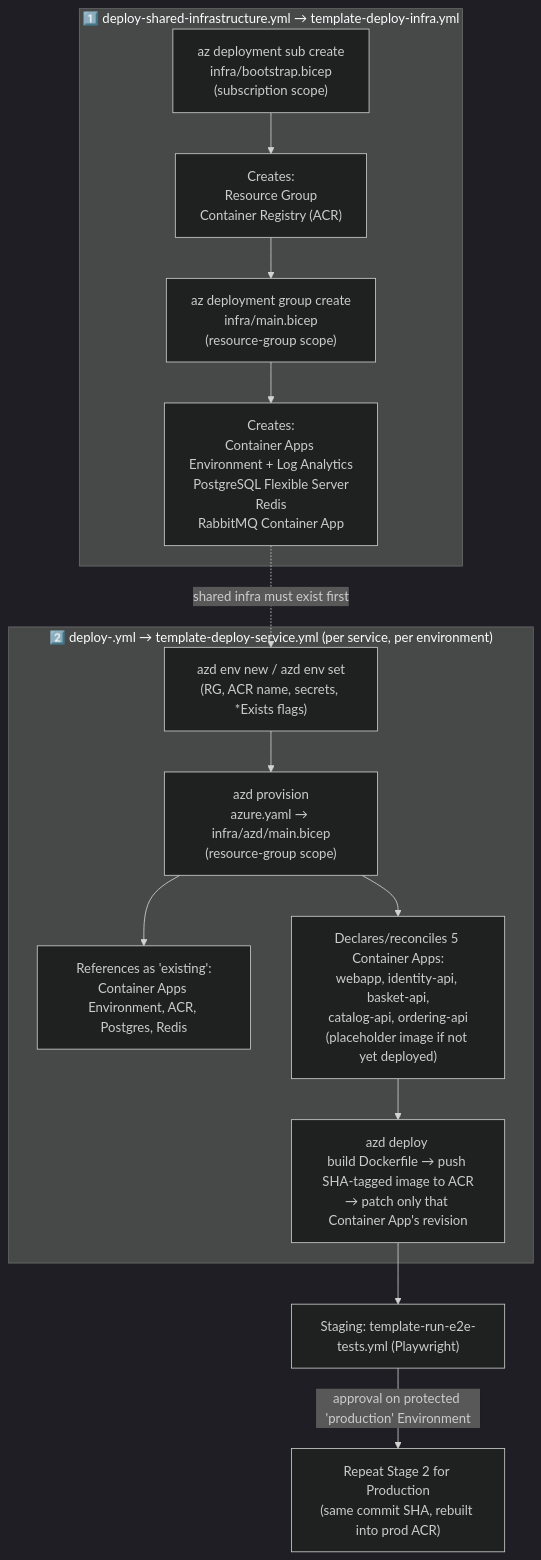
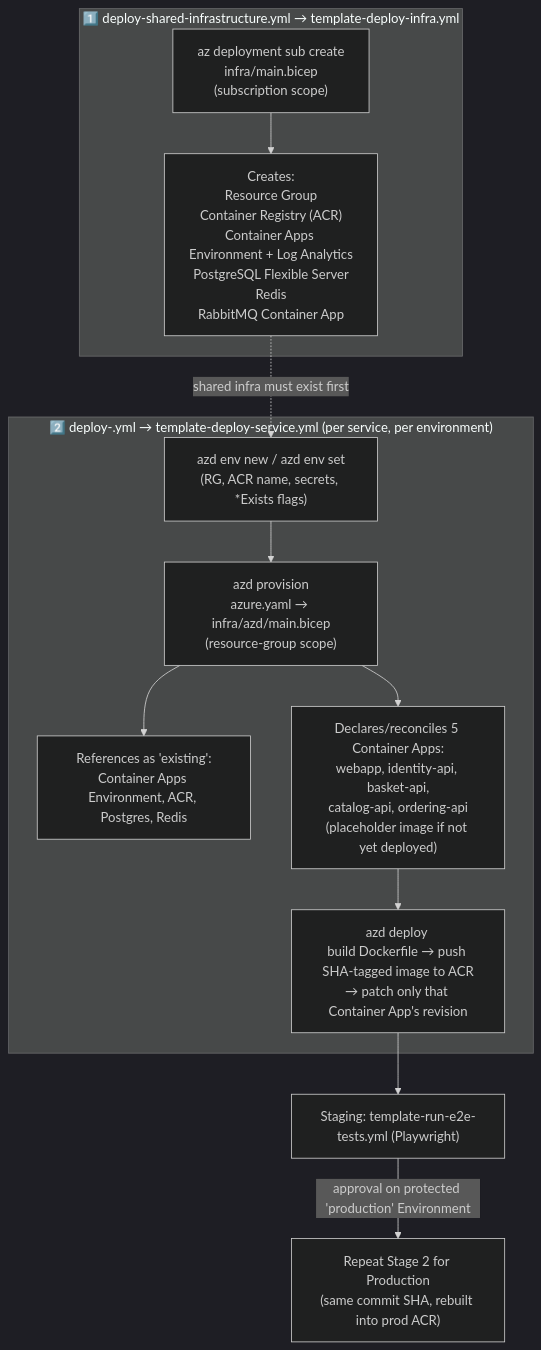
The diagram in infra/README.md (Xebia-Xpirit-Assessments/assessment-joostvoskuil), drawn with Mermaid (dark theme) before and after one commit. The commit also changed other lines of this file and 7 other files, not shown here.

Commit message:
refactor: consolidate infrastructure deployment by removing bootstrap.bicep and updating main.bicep for shared resource provisioning

````diff
--- a/infra/README.md
+++ b/infra/README.md
@@ -90,19 +89,17 @@
 ```mermaid
 flowchart TD
     subgraph Stage1["1️⃣ deploy-shared-infrastructure.yml → template-deploy-infra.yml"]
-        A["az deployment sub create\ninfra/bootstrap.bicep\n(subscription scope)"] --> A1["Creates:\nResource Group\nContainer Registry (ACR)"]
-        A1 --> B["az deployment group create\ninfra/main.bicep\n(resource-group scope)"]
-        B --> B1["Creates:\nContainer Apps Environment + Log Analytics\nPostgreSQL Flexible Server\nRedis\nRabbitMQ Container App"]
+        A["az deployment sub create\ninfra/main.bicep\n(subscription scope)"] --> A1["Creates:\nResource Group\nContainer Registry (ACR)\nContainer Apps Environment + Log Analytics\nPostgreSQL Flexible Server\nRedis\nRabbitMQ Container App"]
     end
 
     subgraph Stage2["2️⃣ deploy-<service>.yml → template-deploy-service.yml (per service, per environment)"]
         C["azd env new / azd env set\n(RG, ACR name, secrets, *Exists flags)"] --> D["azd provision\nazure.yaml → infra/azd/main.bicep\n(resource-group scope)"]
         D --> D1["References as 'existing':\nContainer Apps Environment, ACR, Postgres, Redis"]
         D --> D2["Declares/reconciles 5 Container Apps:\nwebapp, identity-api, basket-api,\ncatalog-api, ordering-api\n(placeholder image if not yet deployed)"]
         D2 --> E["azd deploy <service>\nbuild Dockerfile → push SHA-tagged image to ACR\n→ patch only that Container App's revision"]
     end
 
-    B1 -.->|"shared infra must exist first"| C
+    A1 -.->|"shared infra must exist first"| C
     E --> F["Staging: template-run-e2e-tests.yml (Playwright)"]
     F -->|"approval on protected 'production' Environment"| C2["Repeat Stage 2 for Production\n(same commit SHA, rebuilt into prod ACR)"]
 ```
````
